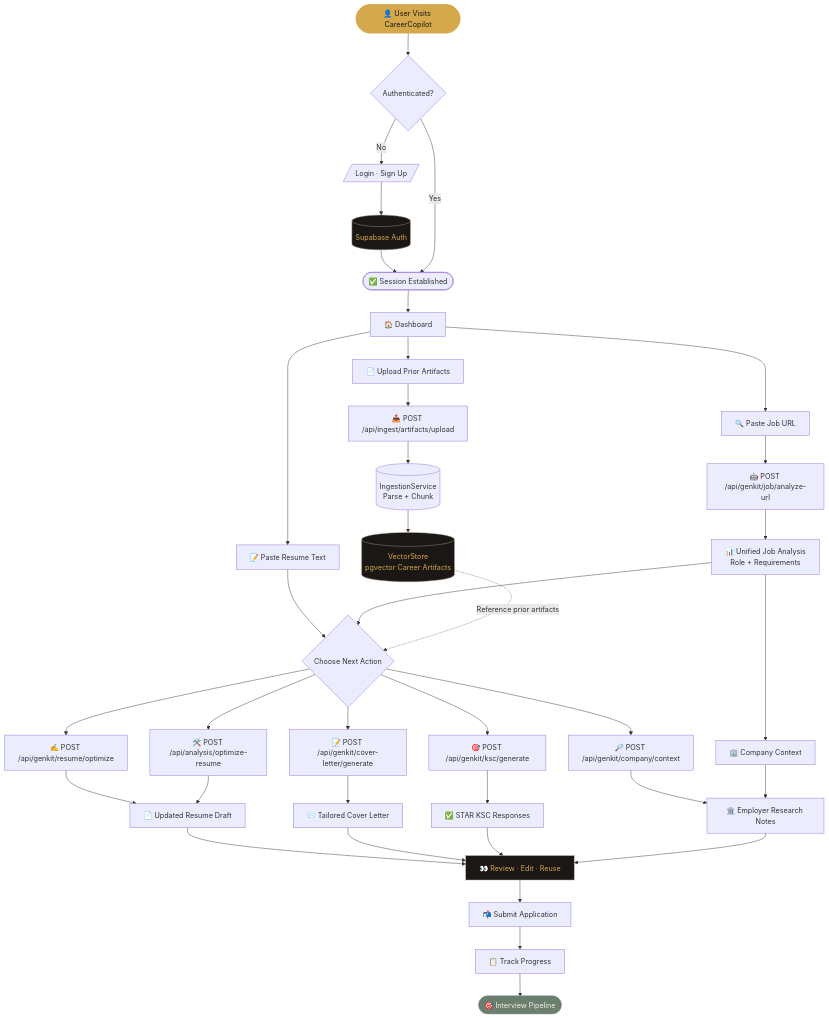
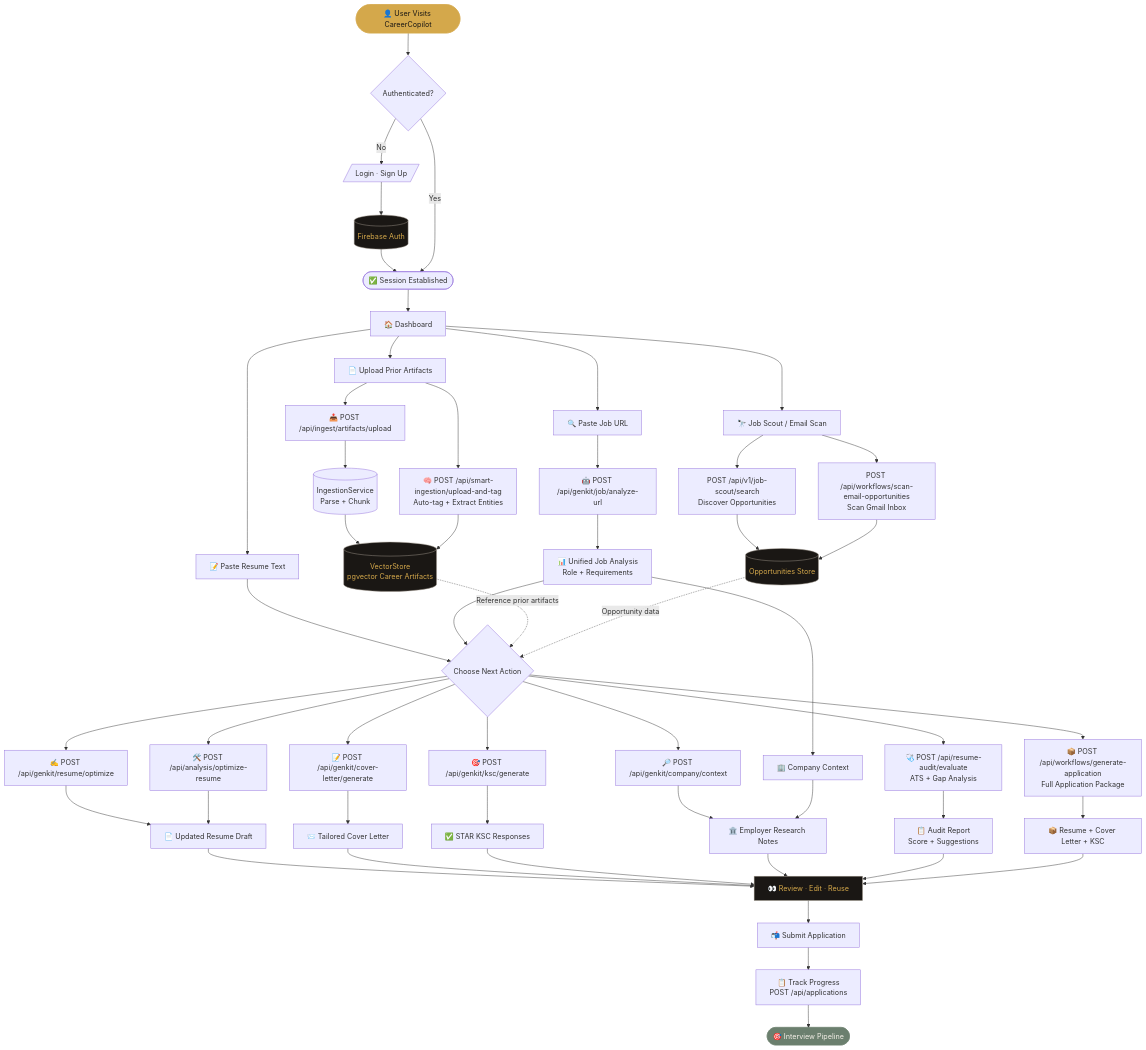
The first of 3 diagrams in docs/WORKFLOW_DIAGRAM.md (okgoogle13/careercopilot), drawn with Mermaid before and after one commit. The commit also changed other lines of this file and 1 other file, not shown here.

First line of the commit message:
feat(docs): update workflow diagram generator and regenerate WORKFLOW_DIAGRAM.md

````diff
--- a/docs/WORKFLOW_DIAGRAM.md
+++ b/docs/WORKFLOW_DIAGRAM.md
@@ -12,58 +12,82 @@
 ```mermaid
 flowchart TD
     A([👤 User Visits CareerCopilot]) --> B{Authenticated?}
 
     B -- No --> C[/Login · Sign Up/]
-    C --> D[(Supabase Auth)]
+    C --> D[(Firebase Auth)]
     D --> E([✅ Session Established])
     B -- Yes --> E
 
     E --> F[🏠 Dashboard]
 
     F --> G[📄 Upload Prior Artifacts]
     F --> H[🔍 Paste Job URL]
     F --> I[📝 Paste Resume Text]
+    F --> JS[🔭 Job Scout / Email Scan]
 
     G --> J[📥 POST /api/ingest/artifacts/upload]
     J --> K[(IngestionService
 Parse + Chunk)]
     K --> L[(VectorStore
 pgvector Career Artifacts)]
 
+    G --> SI[🧠 POST /api/smart-ingestion/upload-and-tag
+Auto-tag + Extract Entities]
+    SI --> L
+
     H --> M[🤖 POST /api/genkit/job/analyze-url]
     M --> N[📊 Unified Job Analysis
 Role + Requirements]
     N --> O[🏢 Company Context]
 
+    JS --> JSA[POST /api/v1/job-scout/search
+Discover Opportunities]
+    JS --> ESC[POST /api/workflows/scan-email-opportunities
+Scan Gmail Inbox]
+    JSA --> OPP[(Opportunities Store)]
+    ESC --> OPP
+
     I --> P{Choose Next Action}
     N --> P
     L -. Reference prior artifacts .-> P
+    OPP -. Opportunity data .-> P
 
     P --> Q[✍️ POST /api/genkit/resume/optimize]
     P --> R[🛠️ POST /api/analysis/optimize-resume]
     P --> S[📝 POST /api/genkit/cover-letter/generate]
     P --> T[🎯 POST /api/genkit/ksc/generate]
     P --> U[🔎 POST /api/genkit/company/context]
+    P --> AUD[🩺 POST /api/resume-audit/evaluate
+ATS + Gap Analysis]
+    P --> PKG[📦 POST /api/workflows/generate-application
+Full Application Package]
 
     Q --> V[📄 Updated Resume Draft]
     R --> V
     S --> W[📨 Tailored Cover Letter]
     T --> X[✅ STAR KSC Responses]
     U --> Y[🏛️ Employer Research Notes]
     O --> Y
+    AUD --> AUR[📋 Audit Report
+Score + Suggestions]
+    PKG --> FPKG[📦 Resume + Cover Letter + KSC]
 
     V --> Z[👀 Review · Edit · Reuse]
     W --> Z
     X --> Z
     Y --> Z
+    AUR --> Z
+    FPKG --> Z
 
     Z --> AA[📬 Submit Application]
-    AA --> AB[📋 Track Progress]
+    AA --> AB[📋 Track Progress
+POST /api/applications]
     AB --> AC([🎯 Interview Pipeline])
 
     style A fill:#D4A84B,color:#1A1714,stroke:#D4A84B
     style AC fill:#6B7F6E,color:#F5F0E8,stroke:#6B7F6E
     style D fill:#1A1714,color:#D4A84B,stroke:#A39B8F
     style L fill:#1A1714,color:#D4A84B,stroke:#A39B8F
+    style OPP fill:#1A1714,color:#D4A84B,stroke:#A39B8F
     style Z fill:#1A1714,color:#D4A84B,stroke:#A39B8F
 ```
````
